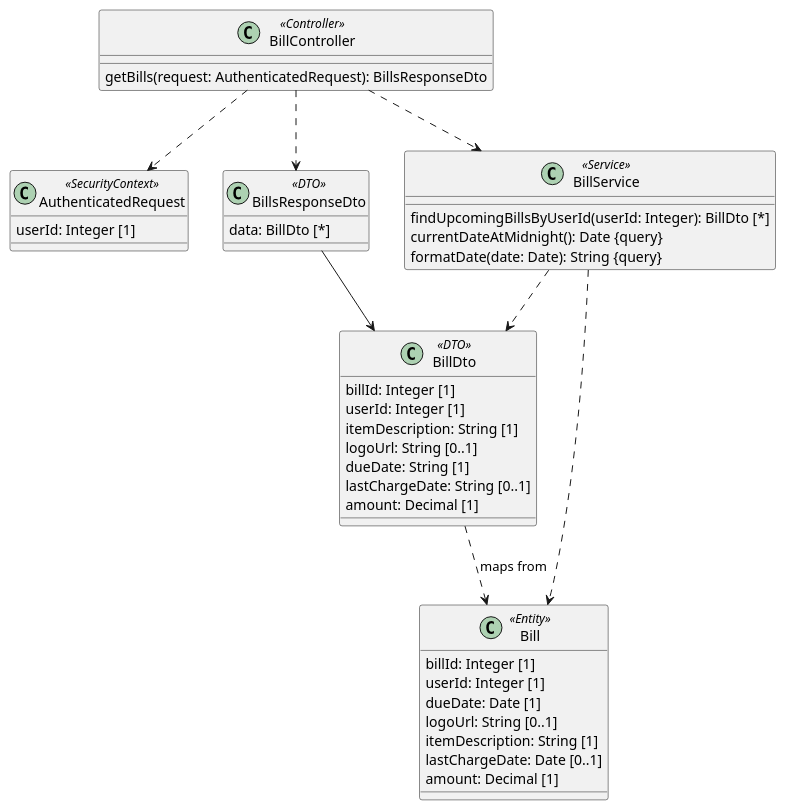
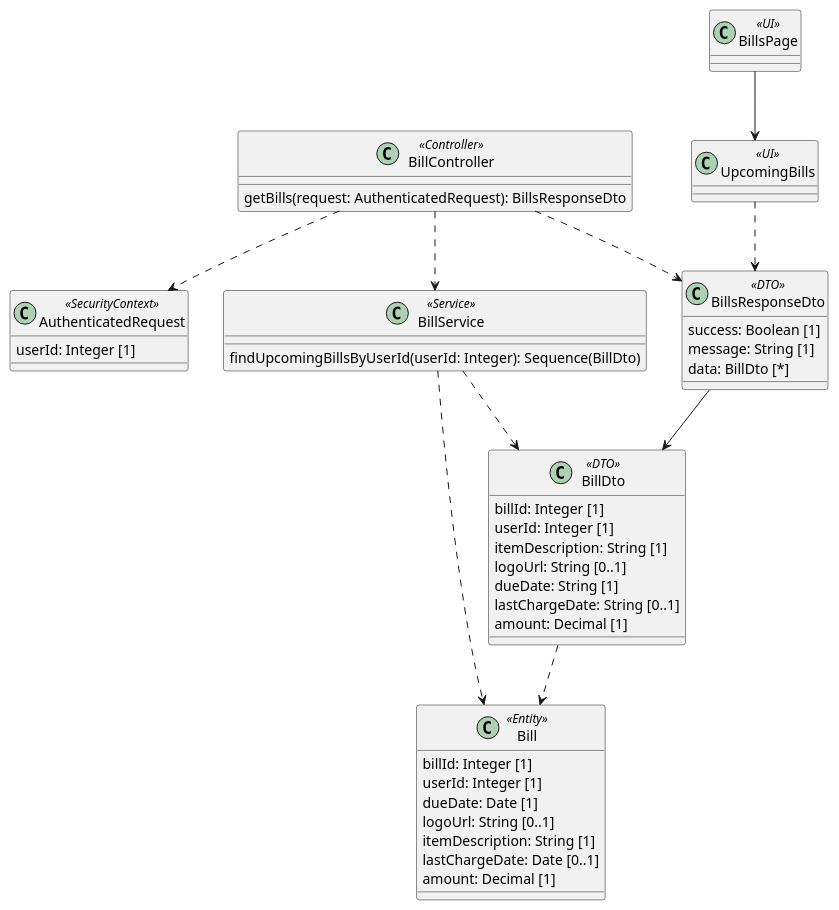
One commit to tudzct/business-vibe-coding changed the diagram in docs/01-inception/use-cases/uc-12-view-upcoming-bills.md. Above: the diagram before and after it, drawn with PlantUML. The commit also changed other lines of this file and 31 other files, not shown here.

```diff
--- a/docs/01-inception/use-cases/uc-12-view-upcoming-bills.md
+++ b/docs/01-inception/use-cases/uc-12-view-upcoming-bills.md
@@ -92,51 +106,56 @@
 ~~~plantuml
 @startuml
 
 class AuthenticatedRequest <<SecurityContext>> {
   userId: Integer [1]
 }
 
 class Bill <<Entity>> {
   billId: Integer [1]
   userId: Integer [1]
   dueDate: Date [1]
   logoUrl: String [0..1]
   itemDescription: String [1]
   lastChargeDate: Date [0..1]
   amount: Decimal [1]
 }
 
 class BillDto <<DTO>> {
   billId: Integer [1]
   userId: Integer [1]
   itemDescription: String [1]
   logoUrl: String [0..1]
   dueDate: String [1]
   lastChargeDate: String [0..1]
   amount: Decimal [1]
 }
 
 class BillsResponseDto <<DTO>> {
+  success: Boolean [1]
+  message: String [1]
   data: BillDto [*]
 }
 
 class BillController <<Controller>> {
   getBills(request: AuthenticatedRequest): BillsResponseDto
 }
 
 class BillService <<Service>> {
-  findUpcomingBillsByUserId(userId: Integer): BillDto [*]
-  currentDateAtMidnight(): Date {query}
-  formatDate(date: Date): String {query}
+  findUpcomingBillsByUserId(userId: Integer): Sequence(BillDto)
 }
+
+class BillsPage <<UI>>
+class UpcomingBills <<UI>>
 
 BillController ..> AuthenticatedRequest
 BillController ..> BillsResponseDto
 BillController ..> BillService
 BillService ..> Bill
 BillService ..> BillDto
 BillsResponseDto --> BillDto
-BillDto ..> Bill : maps from
+BillDto ..> Bill
+BillsPage --> UpcomingBills
+UpcomingBills ..> BillsResponseDto
 
 @enduml
 ~~~
```
